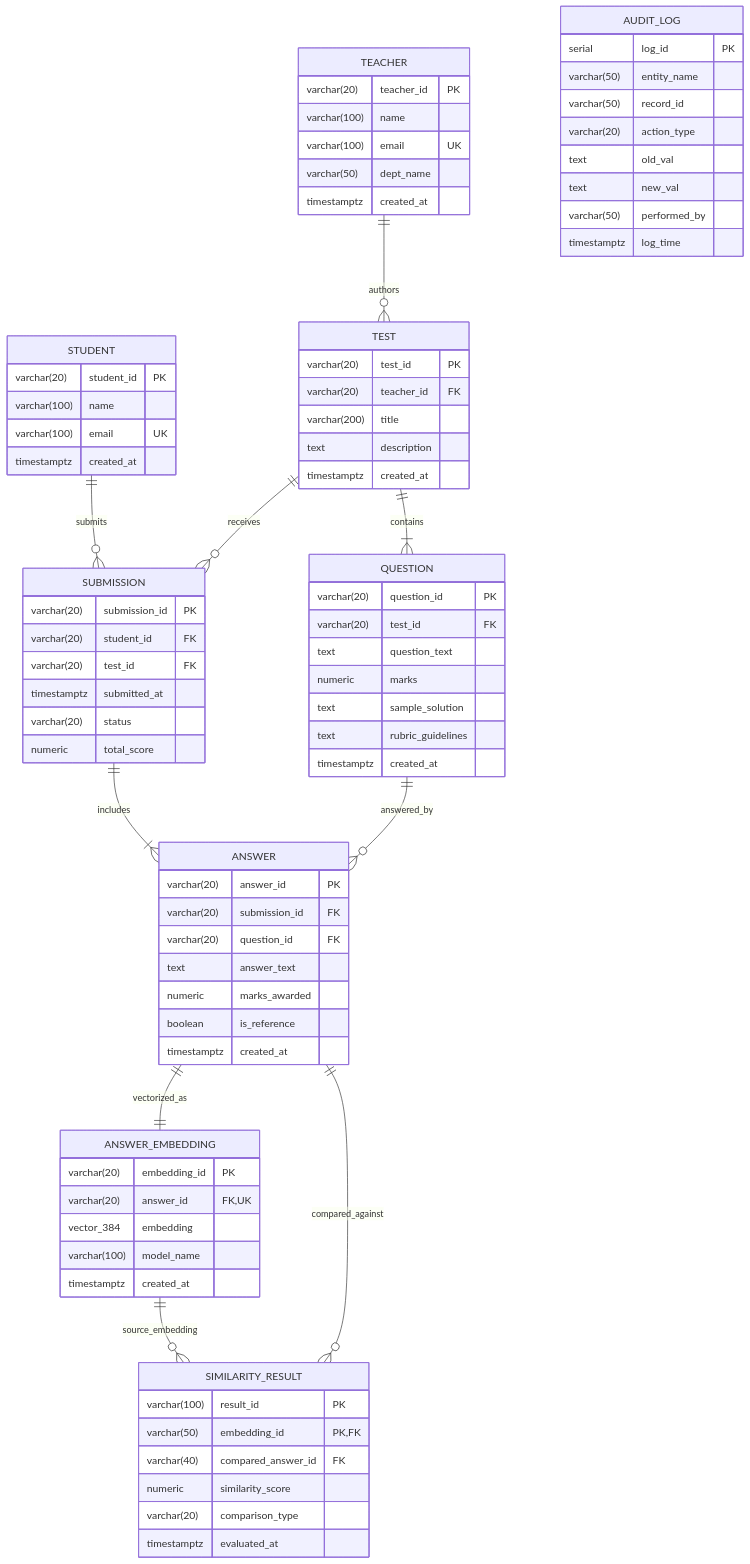
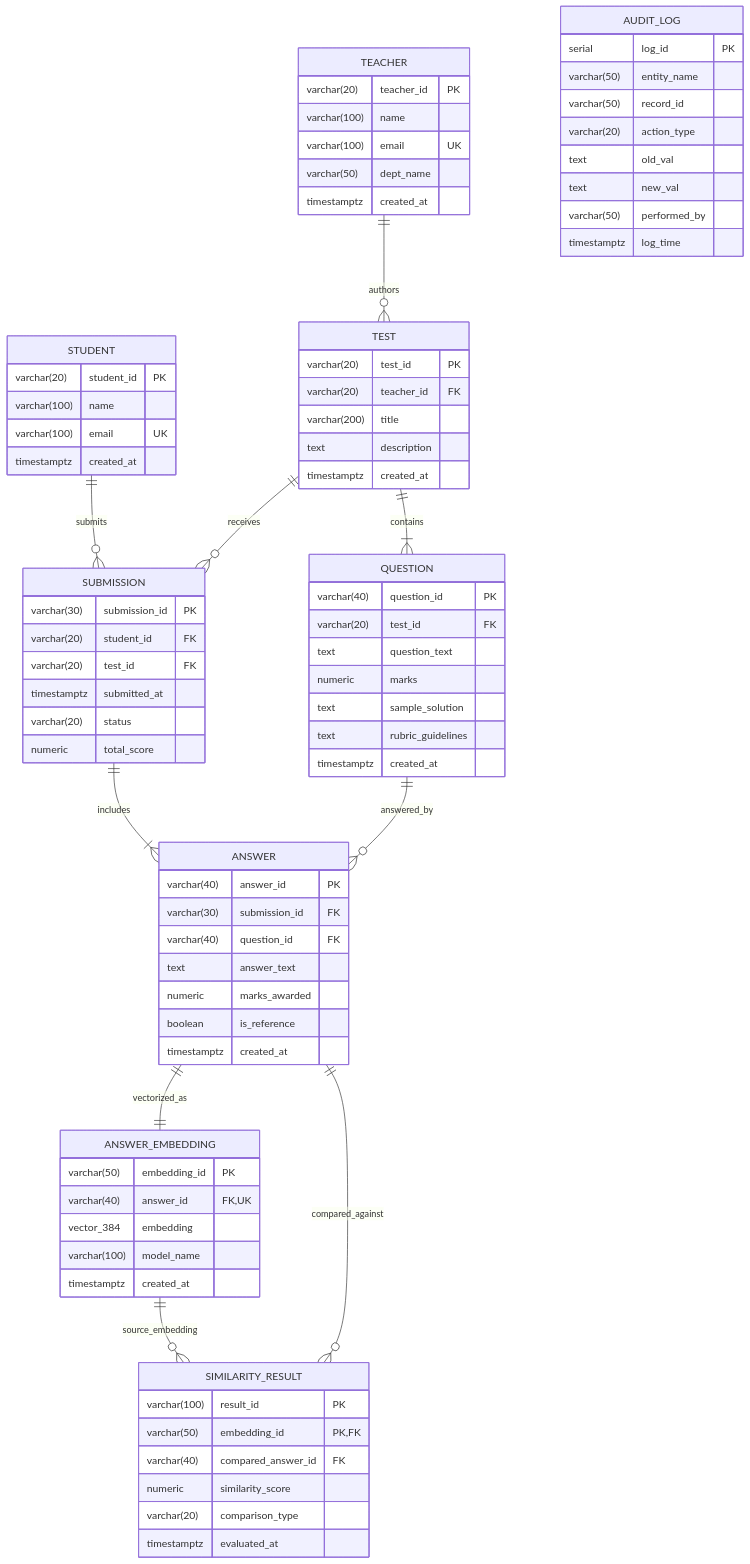
Before and after one commit to Andy34G7/dbms-similarity-detection: the diagram in README.md, drawn with Mermaid. The commit also changed other lines of this file and 7 other files, not shown here.

```diff
--- a/README.md
+++ b/README.md
@@ -90,7 +90,7 @@
     }
 
     QUESTION {
-        varchar(20) question_id PK
+        varchar(40) question_id PK
         varchar(20) test_id FK
         text question_text
         numeric marks
@@ -107,7 +107,7 @@
     }
 
     SUBMISSION {
-        varchar(20) submission_id PK
+        varchar(30) submission_id PK
         varchar(20) student_id FK
         varchar(20) test_id FK
         timestamptz submitted_at
@@ -116,9 +116,9 @@
     }
 
     ANSWER {
-        varchar(20) answer_id PK
-        varchar(20) submission_id FK
-        varchar(20) question_id FK
+        varchar(40) answer_id PK
+        varchar(30) submission_id FK
+        varchar(40) question_id FK
         text answer_text
         numeric marks_awarded
         boolean is_reference
@@ -126,8 +126,8 @@
     }
 
     ANSWER_EMBEDDING {
-        varchar(20) embedding_id PK
-        varchar(20) answer_id FK, UK
+        varchar(50) embedding_id PK
+        varchar(40) answer_id FK, UK
         vector_384 embedding
         varchar(100) model_name
         timestamptz created_at
```
